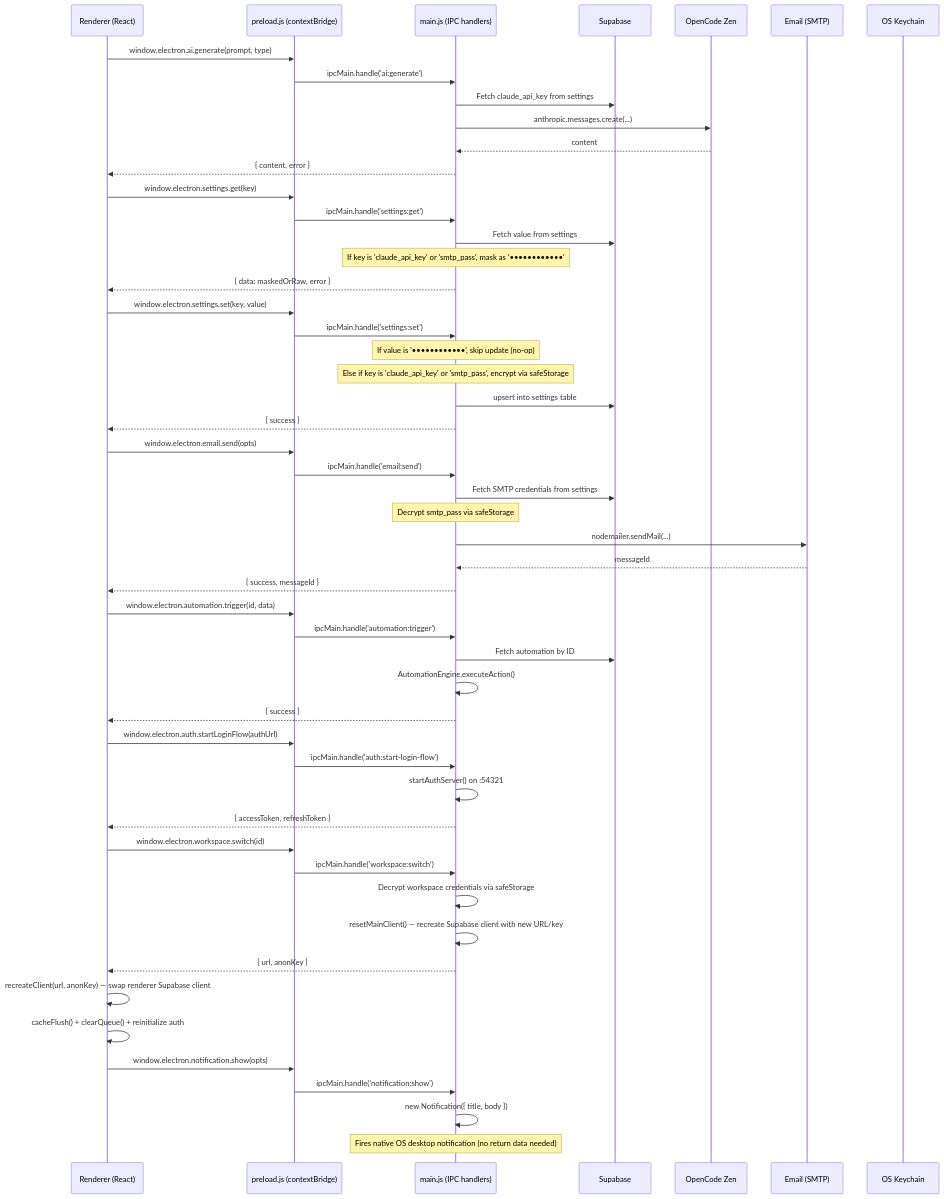
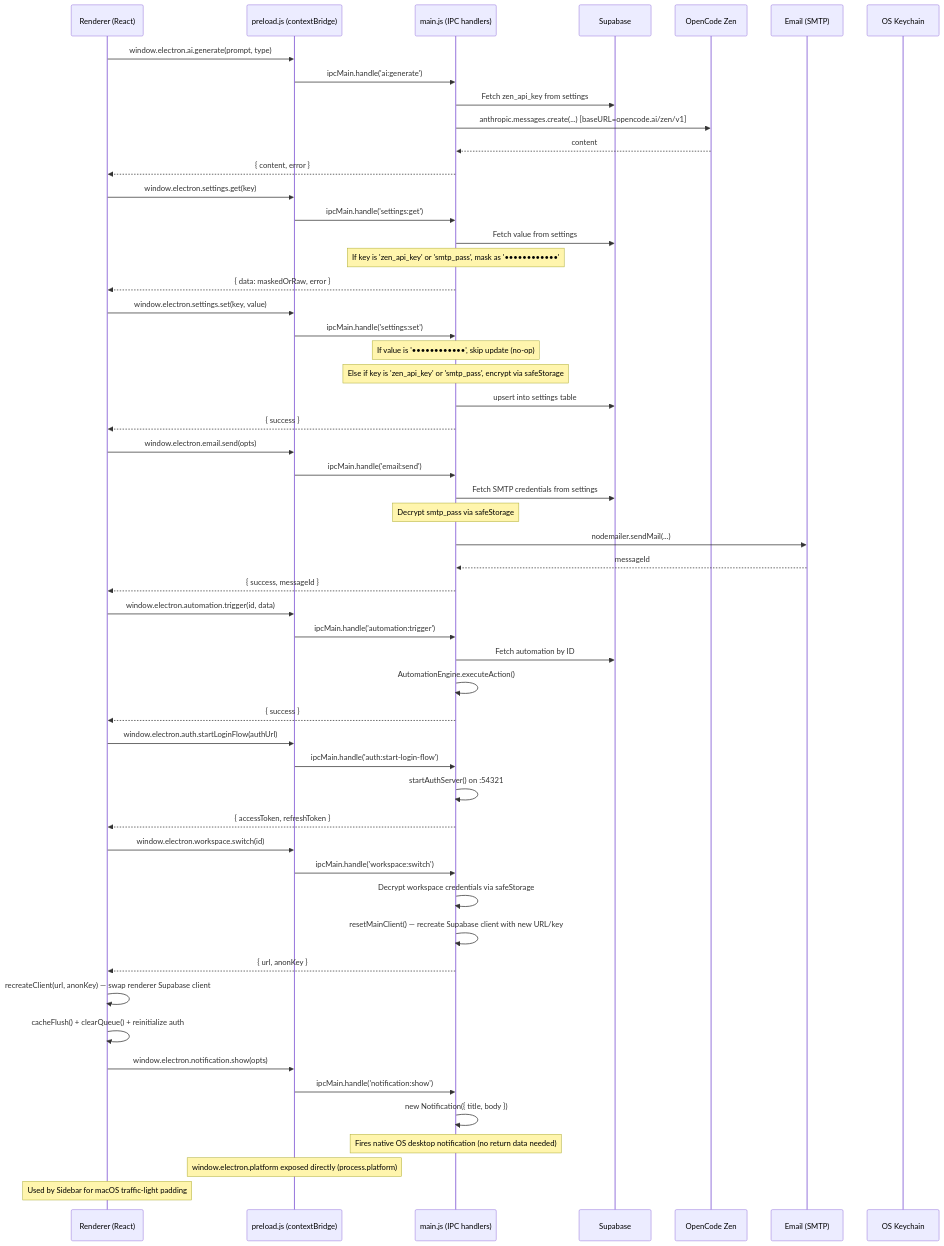
The third of 6 diagrams in CommandCenter_dependency_graph.md (noorkth2/CommandCenter), drawn with Mermaid before and after one commit. The commit also changed other lines of this file and 67 other files, not shown here.

````diff
--- a/CommandCenter_dependency_graph.md
+++ b/CommandCenter_dependency_graph.md
@@ -439,63 +478,66 @@
 ```mermaid
 sequenceDiagram
     participant R as Renderer (React)
     participant P as preload.js (contextBridge)
     participant M as main.js (IPC handlers)
     participant S as Supabase
     participant C as OpenCode Zen
     participant E as Email (SMTP)
     participant OS as OS Keychain
 
     R->>P: window.electron.ai.generate(prompt, type)
     P->>M: ipcMain.handle('ai:generate')
-    M->>S: Fetch claude_api_key from settings
-    M->>C: anthropic.messages.create(...)
+    M->>S: Fetch zen_api_key from settings
+    M->>C: anthropic.messages.create(...) [baseURL=opencode.ai/zen/v1]
     C-->>M: content
     M-->>R: { content, error }
 
     R->>P: window.electron.settings.get(key)
     P->>M: ipcMain.handle('settings:get')
     M->>S: Fetch value from settings
-    Note over M: If key is 'claude_api_key' or 'smtp_pass', mask as '••••••••••••'
+    Note over M: If key is 'zen_api_key' or 'smtp_pass', mask as '••••••••••••'
     M-->>R: { data: maskedOrRaw, error }
 
     R->>P: window.electron.settings.set(key, value)
     P->>M: ipcMain.handle('settings:set')
     Note over M: If value is '••••••••••••', skip update (no-op)
-    Note over M: Else if key is 'claude_api_key' or 'smtp_pass', encrypt via safeStorage
+    Note over M: Else if key is 'zen_api_key' or 'smtp_pass', encrypt via safeStorage
     M->>S: upsert into settings table
     M-->>R: { success }
 
 
     R->>P: window.electron.email.send(opts)
     P->>M: ipcMain.handle('email:send')
     M->>S: Fetch SMTP credentials from settings
     Note over M: Decrypt smtp_pass via safeStorage
     M->>E: nodemailer.sendMail(...)
     E-->>M: messageId
     M-->>R: { success, messageId }
 
     R->>P: window.electron.automation.trigger(id, data)
     P->>M: ipcMain.handle('automation:trigger')
     M->>S: Fetch automation by ID
     M->>M: AutomationEngine.executeAction()
     M-->>R: { success }
 
     R->>P: window.electron.auth.startLoginFlow(authUrl)
     P->>M: ipcMain.handle('auth:start-login-flow')
     M->>M: startAuthServer() on :54321
     M-->>R: { accessToken, refreshToken }
 
     R->>P: window.electron.workspace.switch(id)
     P->>M: ipcMain.handle('workspace:switch')
     M->>M: Decrypt workspace credentials via safeStorage
     M->>M: resetMainClient() — recreate Supabase client with new URL/key
     M-->>R: { url, anonKey }
     R->>R: recreateClient(url, anonKey) — swap renderer Supabase client
     R->>R: cacheFlush() + clearQueue() + reinitialize auth
 
     R->>P: window.electron.notification.show(opts)
     P->>M: ipcMain.handle('notification:show')
     M->>M: new Notification({ title, body })
     Note over M: Fires native OS desktop notification (no return data needed)
+
+    Note over P: window.electron.platform exposed directly (process.platform)
+    Note over R: Used by Sidebar for macOS traffic-light padding
 ```
````
